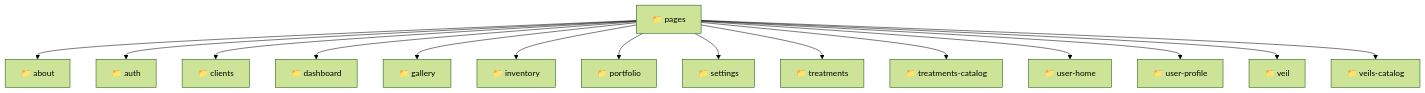
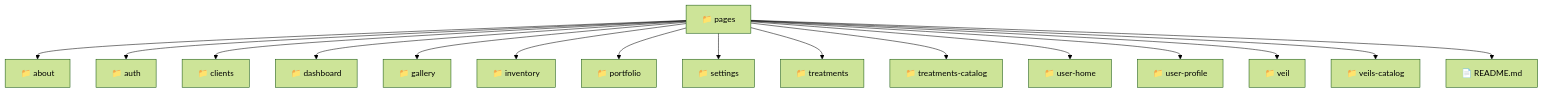
Before and after one commit to beginwebdev2002/fullstack-mavluda: the diagram in frontend/src/pages/README.md, drawn with Mermaid (forest theme). The commit also changed other lines of this file and 158 other files, not shown here.

First line of the commit message:
chore: autogenerate luxury professional README.md files for full architectural transparency

````diff
--- a/frontend/src/pages/README.md
+++ b/frontend/src/pages/README.md
@@ -11,18 +11,19 @@
 ```mermaid
 graph TD
   Root["📁 pages"]
   Root --> about["📁 about"]
   Root --> auth["📁 auth"]
   Root --> clients["📁 clients"]
   Root --> dashboard["📁 dashboard"]
   Root --> gallery["📁 gallery"]
   Root --> inventory["📁 inventory"]
   Root --> portfolio["📁 portfolio"]
   Root --> settings["📁 settings"]
   Root --> treatments["📁 treatments"]
-  Root --> treatments-catalog["📁 treatments-catalog"]
-  Root --> user-home["📁 user-home"]
-  Root --> user-profile["📁 user-profile"]
+  Root --> treatments_catalog["📁 treatments-catalog"]
+  Root --> user_home["📁 user-home"]
+  Root --> user_profile["📁 user-profile"]
   Root --> veil["📁 veil"]
-  Root --> veils-catalog["📁 veils-catalog"]
+  Root --> veils_catalog["📁 veils-catalog"]
+  Root --> README_md["📄 README.md"]
 ```
````
